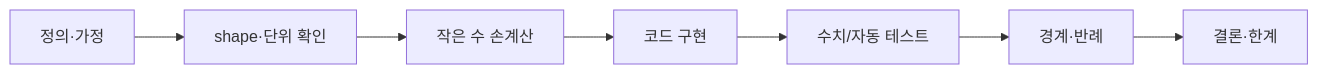
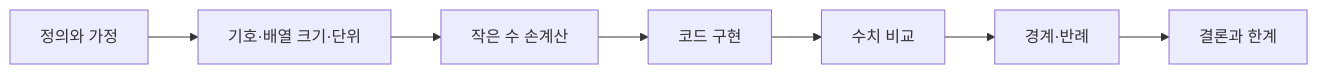
The fourth of 4 diagrams in docs/ROADMAP.md (RobiscoI/LLM_Study), drawn with Mermaid before and after one commit. The commit also changed other lines of this file and 39 other files, not shown here.

````diff
--- a/docs/ROADMAP.md
+++ b/docs/ROADMAP.md
@@ -33,4 +312,4 @@
 ```mermaid
 flowchart LR
-  D["정의·가정"] --> S["shape·단위 확인"] --> H["작은 수 손계산"] --> C["코드 구현"] --> N["수치/자동 테스트"] --> E["경계·반례"] --> R["결론·한계"]
+  D["정의와 가정"] --> S["기호·배열 크기·단위"] --> H["작은 수 손계산"] --> C["코드 구현"] --> N["수치 비교"] --> E["경계·반례"] --> R["결론과 한계"]
 ```
````
